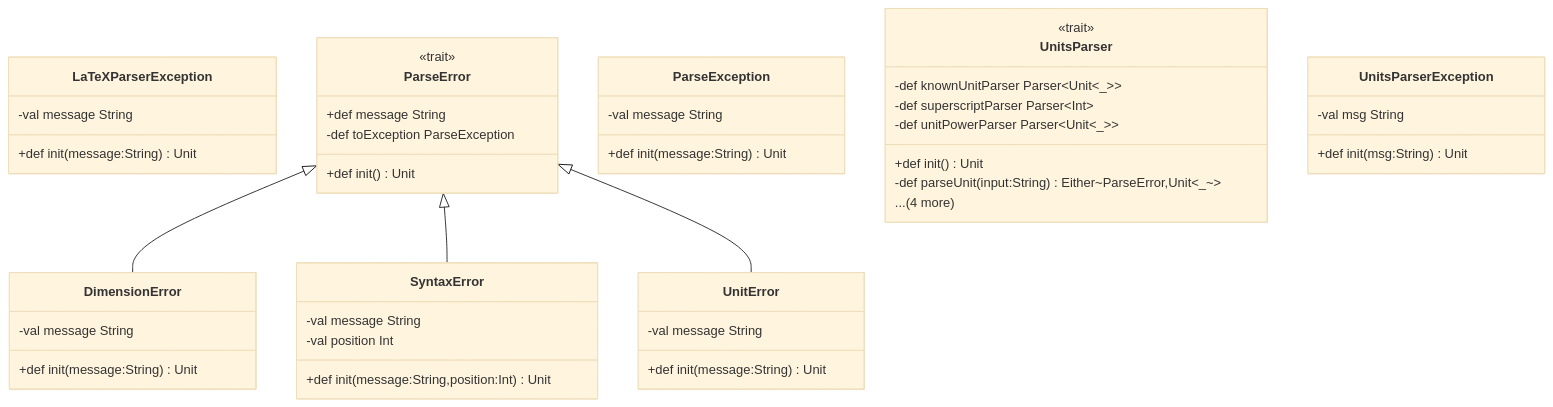
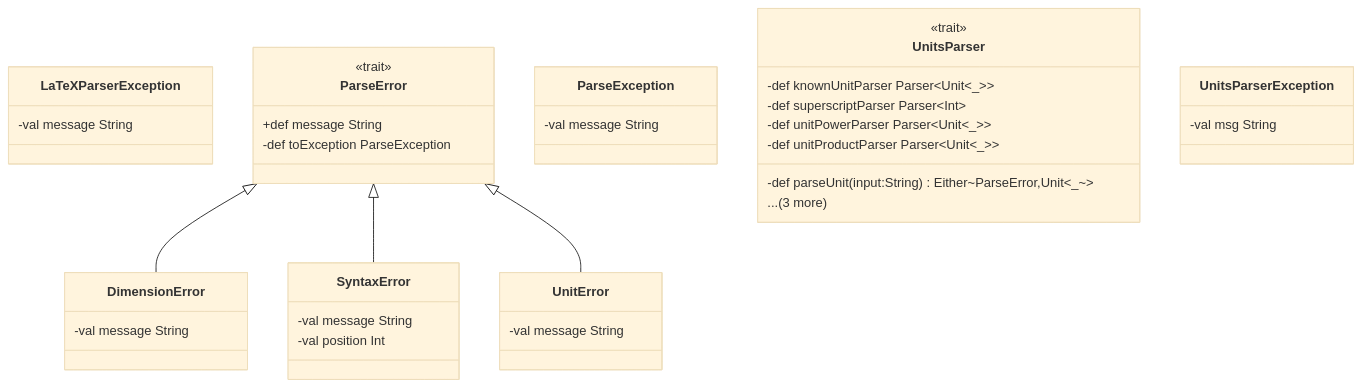
The diagram in docs/diagrams/parse.mmd (rchillyard/Number), drawn with Mermaid (base theme) before and after one commit. The commit also changed 6 other files, not shown here.

First line of the commit message:
Added version to MermaidMain (V0.1.0)

```diff
--- a/docs/diagrams/parse.mmd
+++ b/docs/diagrams/parse.mmd
@@ -1,47 +1,40 @@
 classDiagram
   %% parse -- auto-generated by MermaidMain, do not edit
 
   class DimensionError {
-    +def init(message:String) Unit
     -val message String
   }
   class LaTeXParserException {
-    +def init(message:String) Unit
     -val message String
   }
   class ParseError {
     <<trait>>
-    +def init() Unit
     +def message String
     -def toException ParseException
   }
   class ParseException {
-    +def init(message:String) Unit
     -val message String
   }
   class SyntaxError {
-    +def init(message:String,position:Int) Unit
     -val message String
     -val position Int
   }
   class UnitError {
-    +def init(message:String) Unit
     -val message String
   }
   class UnitsParser {
     <<trait>>
-    +def init() Unit
     -def knownUnitParser Parser~Unit~_~~
     -def parseUnit(input:String) Either~ParseError,Unit~_~~
     -def superscriptParser Parser~Int~
     -def unitPowerParser Parser~Unit~_~~
-    ...(4 more)
+    -def unitProductParser Parser~Unit~_~~
+    ...(3 more)
   }
   class UnitsParserException {
-    +def init(msg:String) Unit
     -val msg String
   }
 
   ParseError <|-- DimensionError
   ParseError <|-- SyntaxError
   ParseError <|-- UnitError
```
